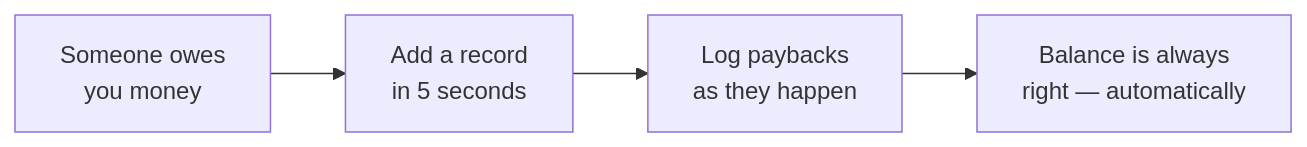
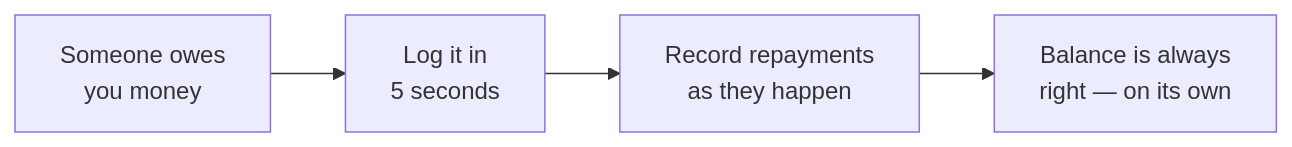
The diagram in README.MD (bobadronov/debt-tracker), drawn with Mermaid before and after one commit. The commit also changed other lines of this file and 9 other files, not shown here.

````diff
--- a/README.MD
+++ b/README.MD
@@ -96,6 +96,6 @@
 ```mermaid
 flowchart LR
-    A[Someone owes<br/>you money] --> B[Add a record<br/>in 5 seconds]
-    B --> C[Log paybacks<br/>as they happen]
-    C --> D[Balance is always<br/>right — automatically]
+    A[Someone owes<br/>you money] --> B[Log it in<br/>5 seconds]
+    B --> C[Record repayments<br/>as they happen]
+    C --> D[Balance is always<br/>right — on its own]
 ```
````
